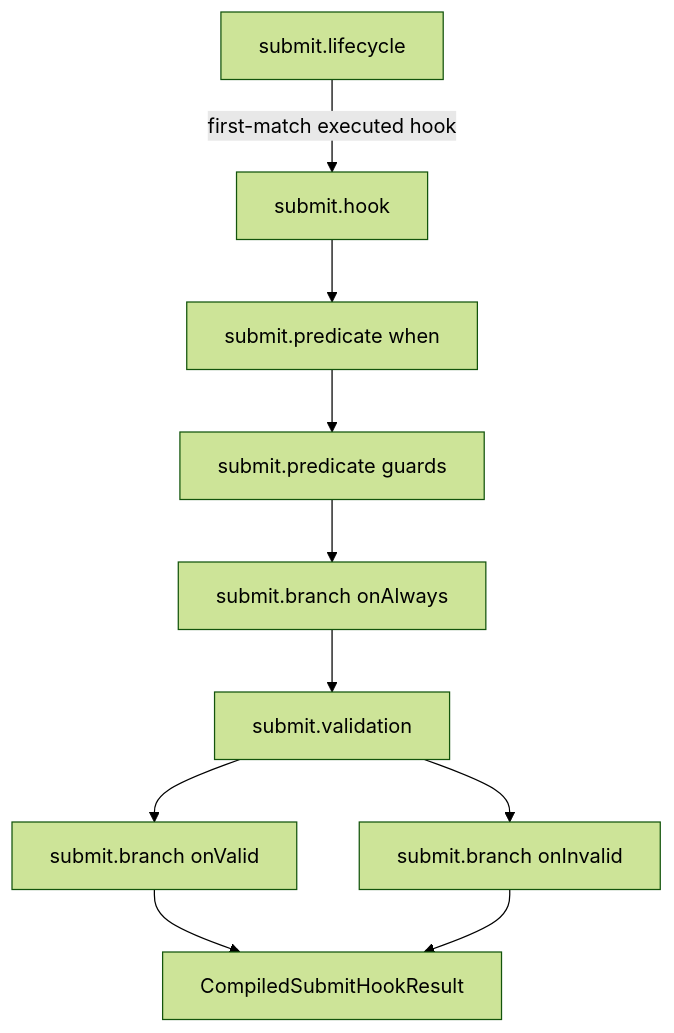
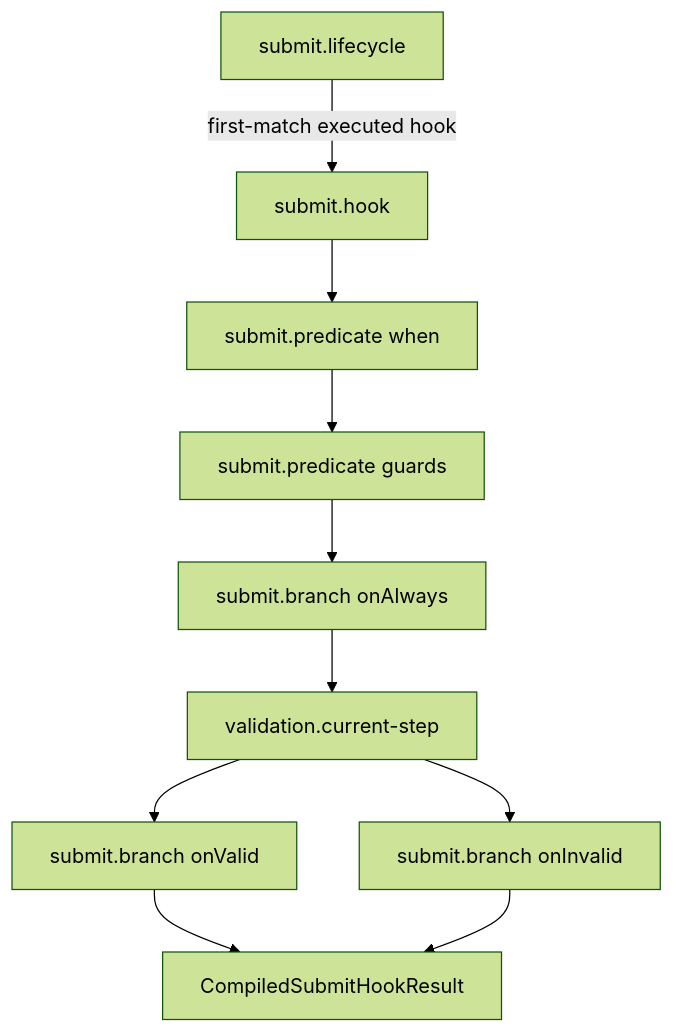
One commit to ministryofjustice/hmpps-forge changed the diagram in packages/forge-core/src/engine/concerns/hooks/runtime/README.md. Above: the diagram before and after it, drawn with Mermaid (forest theme). The commit also changed other lines of this file and 57 other files, not shown here.

Commit message:
Unify current-page validation behind one validation-owned operation

````diff
--- a/packages/forge-core/src/engine/concerns/hooks/runtime/README.md
+++ b/packages/forge-core/src/engine/concerns/hooks/runtime/README.md
@@ -96,12 +96,12 @@
 ```mermaid
 flowchart TD
   lifecycle["submit.lifecycle"] -->|"first-match executed hook"| hook["submit.hook"]
   hook --> when["submit.predicate when"]
   when --> guards["submit.predicate guards"]
   guards --> always["submit.branch onAlways"]
-  always --> validation["submit.validation"]
+  always --> validation["validation.current-step"]
   validation --> valid["submit.branch onValid"]
   validation --> invalid["submit.branch onInvalid"]
   valid --> result["CompiledSubmitHookResult"]
   invalid --> result
 ```
````
